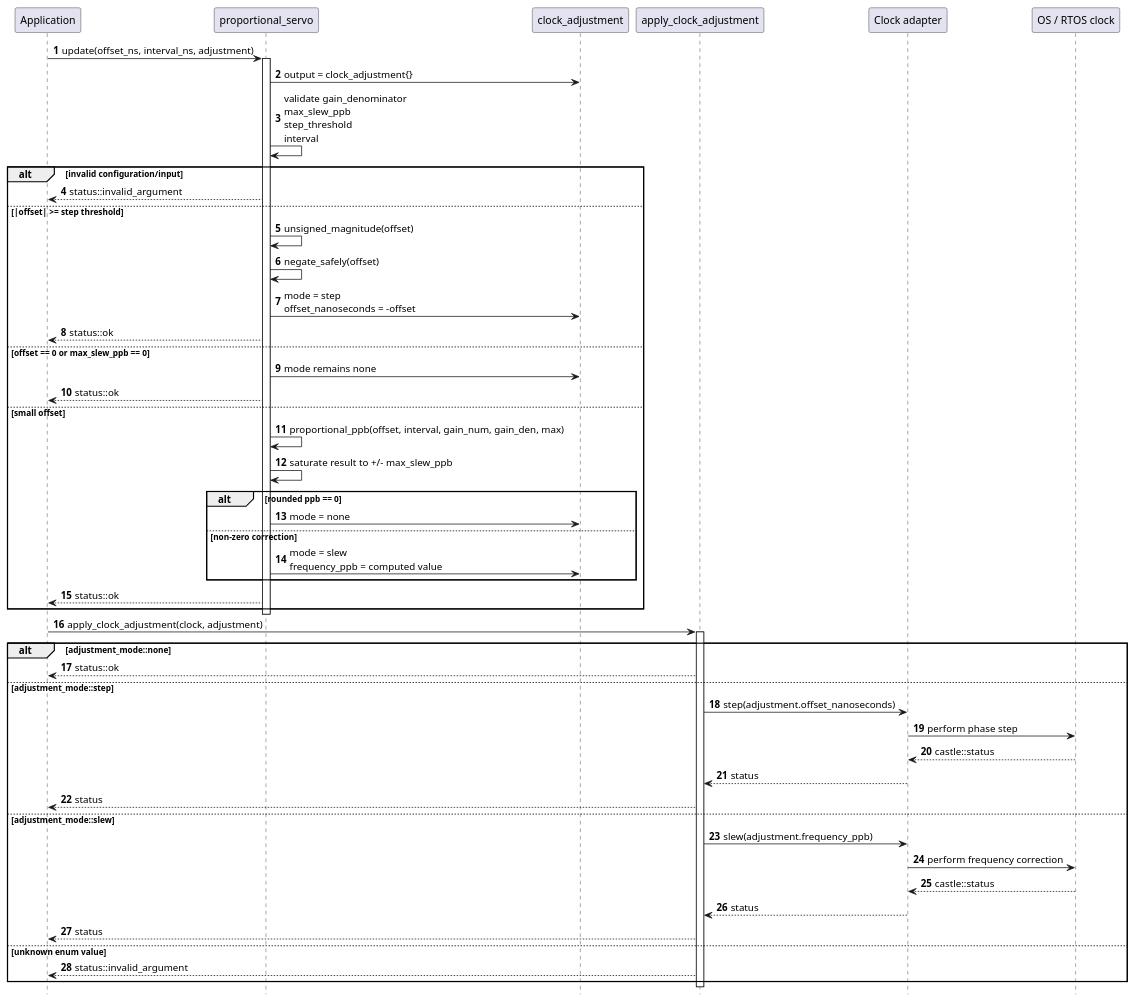
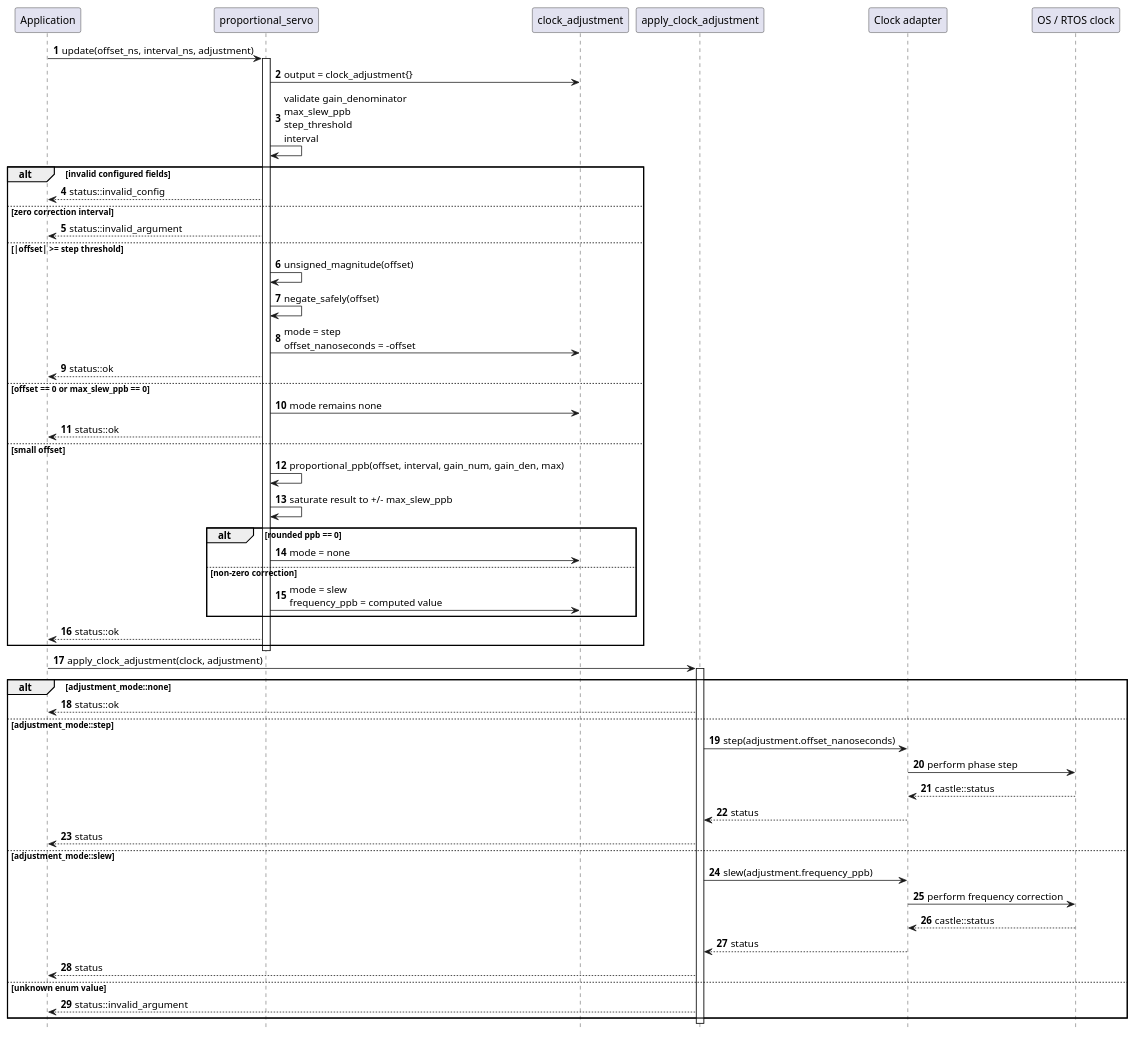
One commit to nguyenchiemminhvu/castle changed the first of 2 diagrams in docs/castle_ext/protocols/timing/ptp_servo.md. Above: the diagram before and after it, drawn with PlantUML. The commit also changed other lines of this file and 226 other files, not shown here.

````diff
--- a/docs/castle_ext/protocols/timing/ptp_servo.md
+++ b/docs/castle_ext/protocols/timing/ptp_servo.md
@@ -154,60 +154,62 @@
 ```plantuml
 @startuml
 hide footbox
 autonumber 1
 participant "Application" as App
 participant "proportional_servo" as Servo
 participant "clock_adjustment" as Out
 participant "apply_clock_adjustment" as Apply
 participant "Clock adapter" as Clock
 participant "OS / RTOS clock" as OS
 
 App -> Servo: update(offset_ns, interval_ns, adjustment)
 activate Servo
 Servo -> Out: output = clock_adjustment{}
 Servo -> Servo: validate gain_denominator\nmax_slew_ppb\nstep_threshold\ninterval
 
-alt invalid configuration/input
+alt invalid configured fields
+    Servo --> App: status::invalid_config
+else zero correction interval
     Servo --> App: status::invalid_argument
 else |offset| >= step threshold
     Servo -> Servo: unsigned_magnitude(offset)
     Servo -> Servo: negate_safely(offset)
     Servo -> Out: mode = step\noffset_nanoseconds = -offset
     Servo --> App: status::ok
 else offset == 0 or max_slew_ppb == 0
     Servo -> Out: mode remains none
     Servo --> App: status::ok
 else small offset
     Servo -> Servo: proportional_ppb(offset, interval, gain_num, gain_den, max)
     Servo -> Servo: saturate result to +/- max_slew_ppb
     alt rounded ppb == 0
         Servo -> Out: mode = none
     else non-zero correction
         Servo -> Out: mode = slew\nfrequency_ppb = computed value
     end
     Servo --> App: status::ok
 end
 Deactivate Servo
 
 App -> Apply: apply_clock_adjustment(clock, adjustment)
 activate Apply
 alt adjustment_mode::none
     Apply --> App: status::ok
 else adjustment_mode::step
     Apply -> Clock: step(adjustment.offset_nanoseconds)
     Clock -> OS: perform phase step
     OS --> Clock: castle::status
     Clock --> Apply: status
     Apply --> App: status
 else adjustment_mode::slew
     Apply -> Clock: slew(adjustment.frequency_ppb)
     Clock -> OS: perform frequency correction
     OS --> Clock: castle::status
     Clock --> Apply: status
     Apply --> App: status
 else unknown enum value
     Apply --> App: status::invalid_argument
 end
 Deactivate Apply
 @enduml
 ```
````
